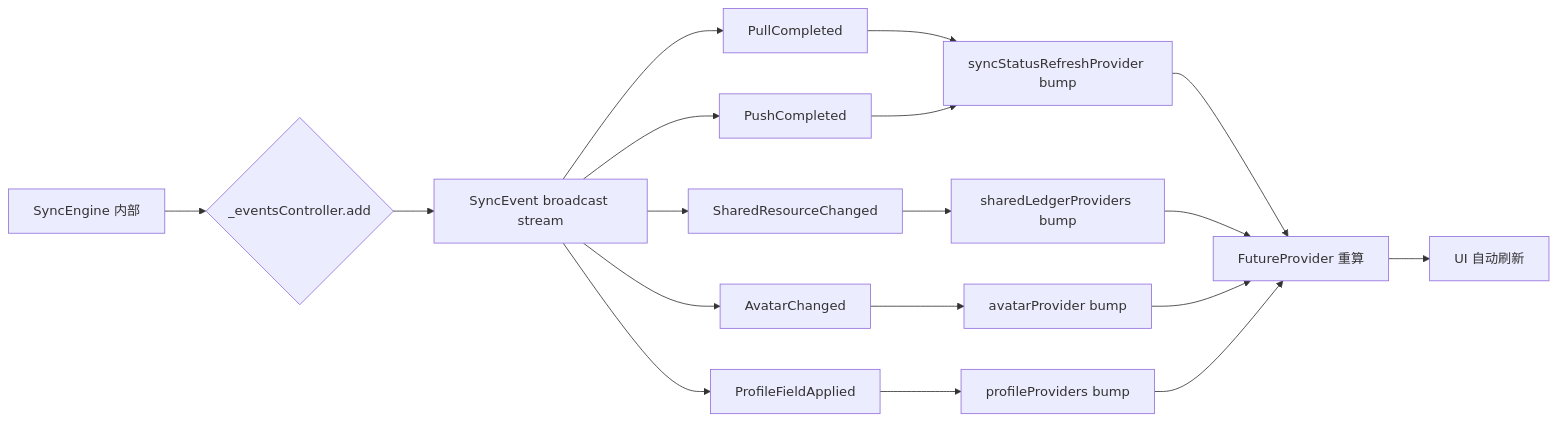
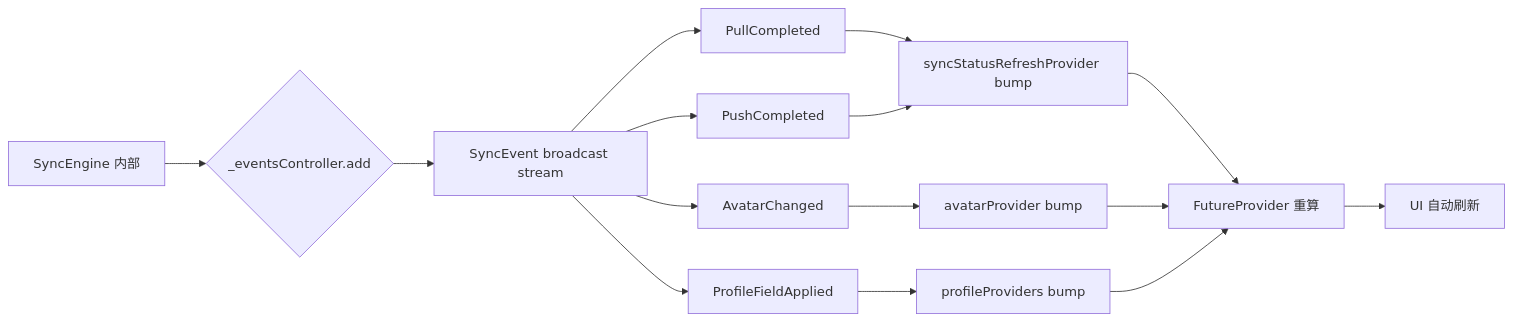
Before and after one commit to mecoren/PiggyCount: the ninth of 9 diagrams in docoments/06-data-sync-and-offline.md, drawn with Mermaid. The commit also changed other lines of this file and 11 other files, not shown here.

````diff
--- a/docoments/06-data-sync-and-offline.md
+++ b/docoments/06-data-sync-and-offline.md
@@ -590,23 +577,20 @@
 ```mermaid
 flowchart LR
     A[SyncEngine 内部] --> B{_eventsController.add}
     B --> C[SyncEvent broadcast stream]
 
     C --> D[PullCompleted]
     C --> E[PushCompleted]
-    C --> F[SharedResourceChanged]
     C --> G[AvatarChanged]
     C --> H[ProfileFieldApplied]
 
     D --> I[syncStatusRefreshProvider bump]
     E --> I
-    F --> J[sharedLedgerProviders bump]
     G --> K[avatarProvider bump]
     H --> L[profileProviders bump]
 
     I --> M[FutureProvider 重算]
-    J --> M
     K --> M
     L --> M
     M --> N[UI 自动刷新]
 ```
````
